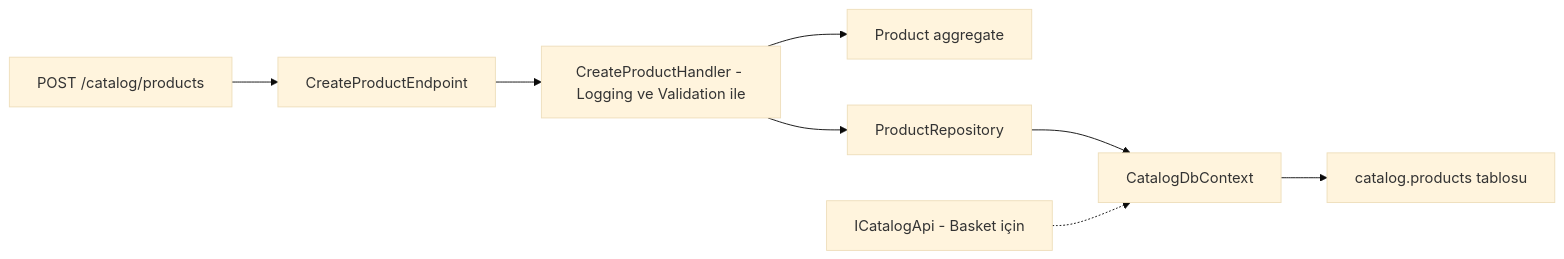
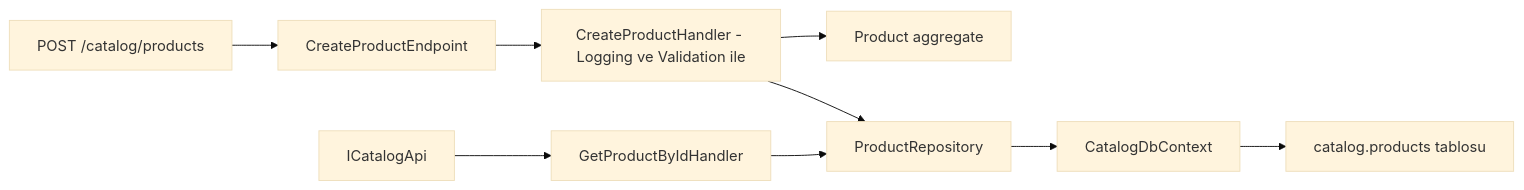
Before and after one commit to seyfullahcuhadar/modular-monolith-example: the ninth of 10 diagrams in docs/mimari-ve-ilerleme.md, drawn with Mermaid (base theme). The commit also changed other lines of this file and 102 other files, not shown here.

First line of the commit message:
Adım 03-04: Catalog ve Basket modülleri, senkron ICatalogApi sınırı.

````diff
--- a/docs/mimari-ve-ilerleme.md
+++ b/docs/mimari-ve-ilerleme.md
@@ -253,10 +253,11 @@
 ```mermaid
 flowchart LR
     http["POST /catalog/products"] --> ep["CreateProductEndpoint"]
     ep --> h["CreateProductHandler - Logging ve Validation ile"]
     h --> agg["Product aggregate"]
     h --> repo["ProductRepository"]
+    get["GetProductByIdHandler"] --> repo
     repo --> ctx["CatalogDbContext"]
     ctx --> tbl["catalog.products tablosu"]
-    pub["ICatalogApi - Basket için"] -.-> ctx
+    pub["ICatalogApi"] --> get
 ```
````
